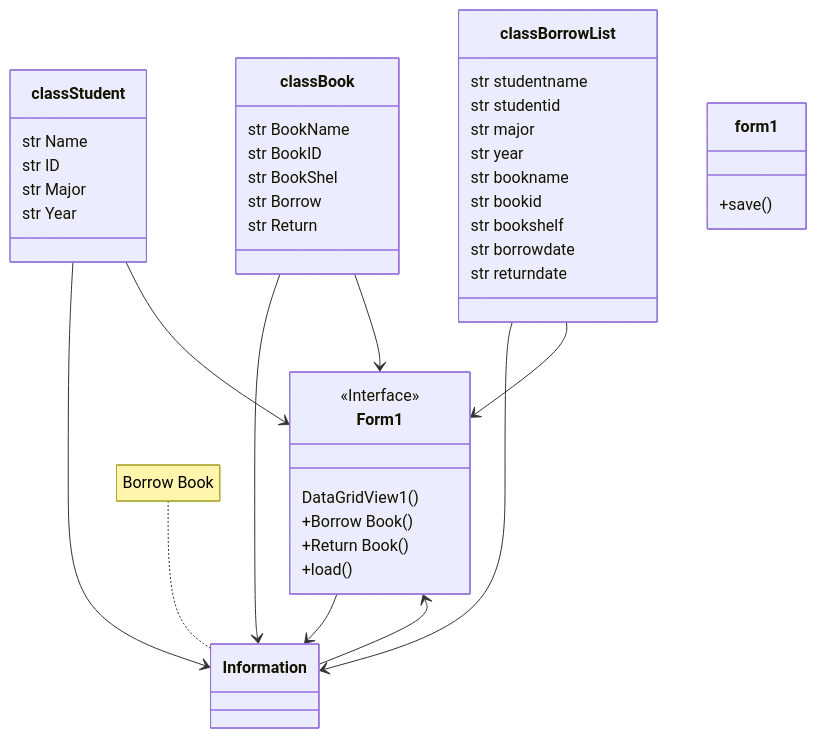
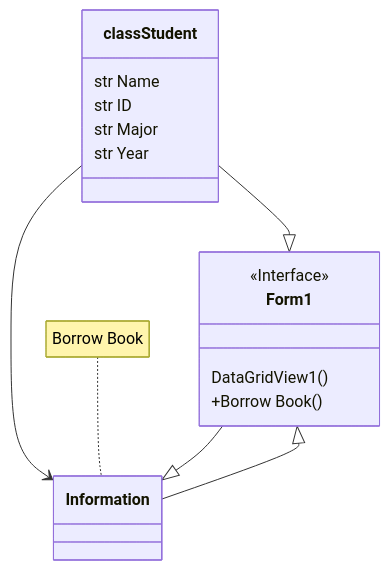
The diagram in README.md (bbxxaxxm/Finalnatnicha), drawn with Mermaid before and after one commit.

````diff
--- a/README.md
+++ b/README.md
@@ -9,36 +9,15 @@
 ```mermaid
 classDiagram
-Form1 --> Information
+Form1 --|> Information
 <<Interface>> Form1
-Information --> Form1
+Information --|> Form1
 note for Information "Borrow Book"
 classStudent --> Information
 classStudent : str Name
 classStudent : str ID
 classStudent : str Major
 classStudent : str Year
-classStudent --> Form1
-classBook --> Information
-classBook : str BookName
-classBook : str BookID
-classBook : str BookShel
-classBook : str Borrow
-classBook : str Return
-classBook --> Form1
-classBorrowList --> Information
-classBorrowList : str studentname
-classBorrowList : str studentid
-classBorrowList : str major
-classBorrowList : str year
-classBorrowList : str bookname
-classBorrowList : str bookid
-classBorrowList : str bookshelf
-classBorrowList : str borrowdate
-classBorrowList : str returndate
-classBorrowList --> Form1
+classStudent --|> Form1
 Form1 : DataGridView1()
 Form1 : +Borrow Book()
-Form1 : +Return Book()
-form1 : +save()
-Form1 : +load()
 ```
````
